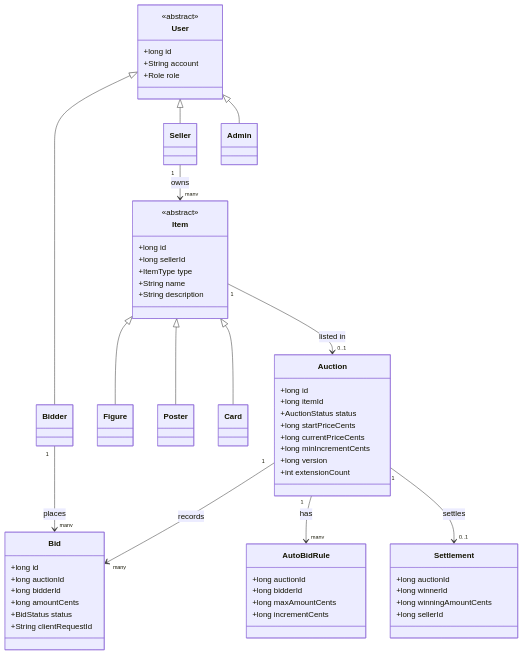
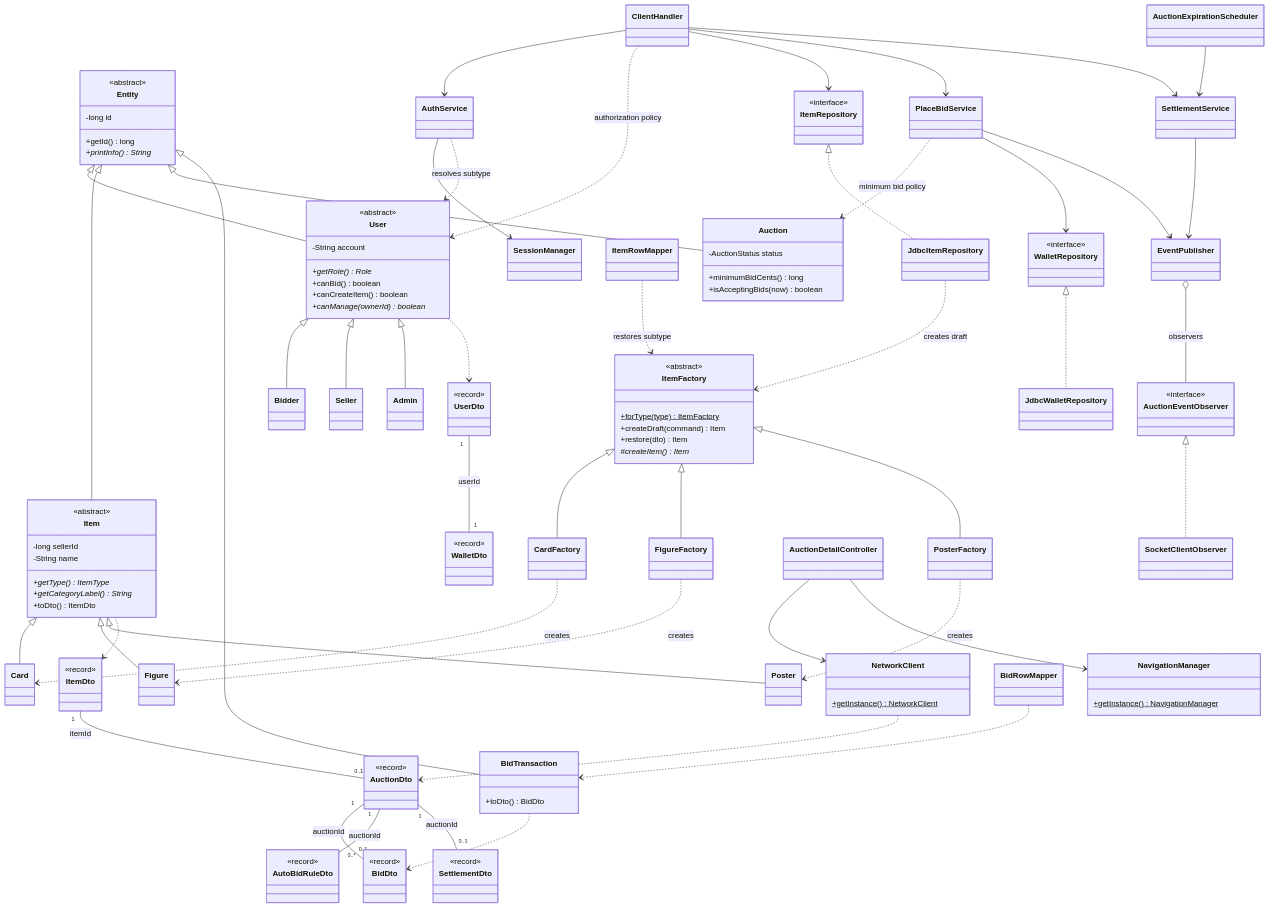
The diagram in docs/architecture/class-diagram.mmd (vietquanntt-collab/BTL-LTNC-Nhom10), drawn with Mermaid before and after one commit. The commit also changed 21 other files, not shown here.

```diff
--- a/docs/architecture/class-diagram.mmd
+++ b/docs/architecture/class-diagram.mmd
@@ -1,65 +1,142 @@
 classDiagram
+    class Entity {
+      <<abstract>>
+      -long id
+      +getId() long
+      +printInfo()* String
+    }
     class User {
       <<abstract>>
-      +long id
-      +String account
-      +Role role
+      -String account
+      +getRole()* Role
+      +canBid() boolean
+      +canCreateItem() boolean
+      +canManage(ownerId)* boolean
     }
     class Bidder
     class Seller
     class Admin
+    class Item {
+      <<abstract>>
+      -long sellerId
+      -String name
+      +getType()* ItemType
+      +getCategoryLabel()* String
+      +toDto() ItemDto
+    }
+    class Card
+    class Figure
+    class Poster
+    class Auction {
+      -AuctionStatus status
+      +minimumBidCents() long
+      +isAcceptingBids(now) boolean
+    }
+    class BidTransaction {
+      +toDto() BidDto
+    }
+    class ItemFactory {
+      <<abstract>>
+      +forType(type)$ ItemFactory
+      +createDraft(command) Item
+      +restore(dto) Item
+      #createItem()* Item
+    }
+    class CardFactory
+    class FigureFactory
+    class PosterFactory
+    Entity <|-- User
     User <|-- Bidder
     User <|-- Seller
     User <|-- Admin
-
-    class Item {
-      <<abstract>>
-      +long id
-      +long sellerId
-      +ItemType type
-      +String name
-      +String description
-    }
-    class Figure
-    class Poster
-    class Card
+    Entity <|-- Item
+    Item <|-- Card
     Item <|-- Figure
     Item <|-- Poster
-    Item <|-- Card
-
-    class Auction {
-      +long id
-      +long itemId
-      +AuctionStatus status
-      +long startPriceCents
-      +long currentPriceCents
-      +long minIncrementCents
-      +long version
-      +int extensionCount
+    Entity <|-- Auction
+    Entity <|-- BidTransaction
+    ItemFactory <|-- CardFactory
+    ItemFactory <|-- FigureFactory
+    ItemFactory <|-- PosterFactory
+    CardFactory ..> Card : creates
+    FigureFactory ..> Figure : creates
+    PosterFactory ..> Poster : creates
+    class UserDto {
+      <<record>>
     }
-    class Bid {
-      +long id
-      +long auctionId
-      +long bidderId
-      +long amountCents
-      +BidStatus status
-      +String clientRequestId
+    class ItemDto {
+      <<record>>
     }
-    class AutoBidRule {
-      +long auctionId
-      +long bidderId
-      +long maxAmountCents
-      +long incrementCents
+    class AuctionDto {
+      <<record>>
     }
-    class Settlement {
-      +long auctionId
-      +long winnerId
-      +long winningAmountCents
-      +long sellerId
+    class BidDto {
+      <<record>>
     }
-    Seller "1" --> "many" Item : owns
-    Item "1" --> "0..1" Auction : listed in
-    Auction "1" --> "many" Bid : records
-    Bidder "1" --> "many" Bid : places
-    Auction "1" --> "many" AutoBidRule : has
-    Auction "1" --> "0..1" Settlement : settles
+    class WalletDto {
+      <<record>>
+    }
+    class AutoBidRuleDto {
+      <<record>>
+    }
+    class SettlementDto {
+      <<record>>
+    }
+    class NetworkClient {
+      +getInstance()$ NetworkClient
+    }
+    class NavigationManager {
+      +getInstance()$ NavigationManager
+    }
+    class AuctionDetailController
+    class ClientHandler
+    class AuthService
+    class SessionManager
+    class PlaceBidService
+    class SettlementService
+    class AuctionExpirationScheduler
+    class ItemRepository {
+      <<interface>>
+    }
+    class JdbcItemRepository
+    class ItemRowMapper
+    class BidRowMapper
+    class WalletRepository {
+      <<interface>>
+    }
+    class JdbcWalletRepository
+    class EventPublisher
+    class AuctionEventObserver {
+      <<interface>>
+    }
+    class SocketClientObserver
+    ItemRepository <|.. JdbcItemRepository
+    WalletRepository <|.. JdbcWalletRepository
+    AuctionEventObserver <|.. SocketClientObserver
+    AuctionDetailController --> NetworkClient
+    AuctionDetailController --> NavigationManager
+    NetworkClient ..> AuctionDto
+    ClientHandler --> AuthService
+    AuthService --> SessionManager
+    AuthService ..> User : resolves subtype
+    ClientHandler ..> User : authorization policy
+    ClientHandler --> ItemRepository
+    ClientHandler --> PlaceBidService
+    ClientHandler --> SettlementService
+    JdbcItemRepository ..> ItemFactory : creates draft
+    ItemRowMapper ..> ItemFactory : restores subtype
+    BidRowMapper ..> BidTransaction
+    PlaceBidService ..> Auction : minimum bid policy
+    PlaceBidService --> WalletRepository
+    PlaceBidService --> EventPublisher
+    SettlementService --> EventPublisher
+    AuctionExpirationScheduler --> SettlementService
+    EventPublisher o-- AuctionEventObserver : observers
+    User ..> UserDto
+    Item ..> ItemDto
+    BidTransaction ..> BidDto
+    ItemDto "1" -- "0..1" AuctionDto : itemId
+    AuctionDto "1" -- "0..*" BidDto : auctionId
+    AuctionDto "1" -- "0..*" AutoBidRuleDto : auctionId
+    AuctionDto "1" -- "0..1" SettlementDto : auctionId
+    UserDto "1" -- "1" WalletDto : userId
```
